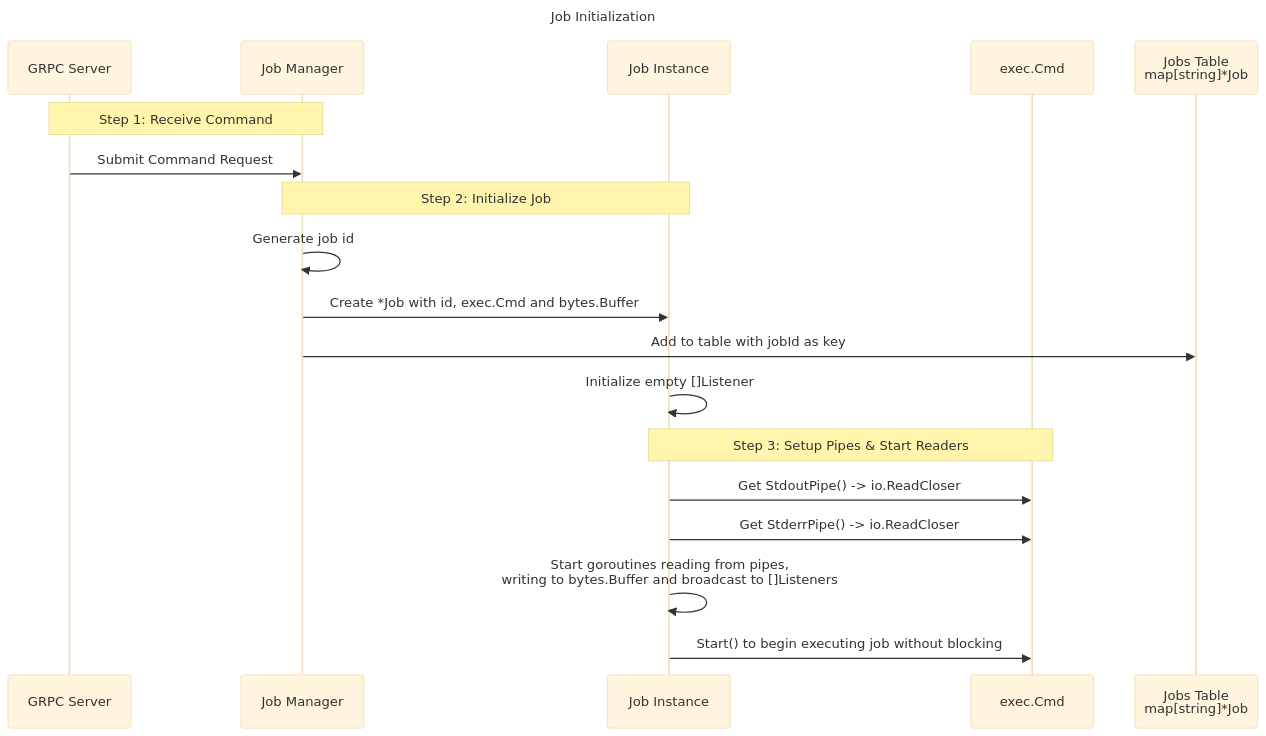
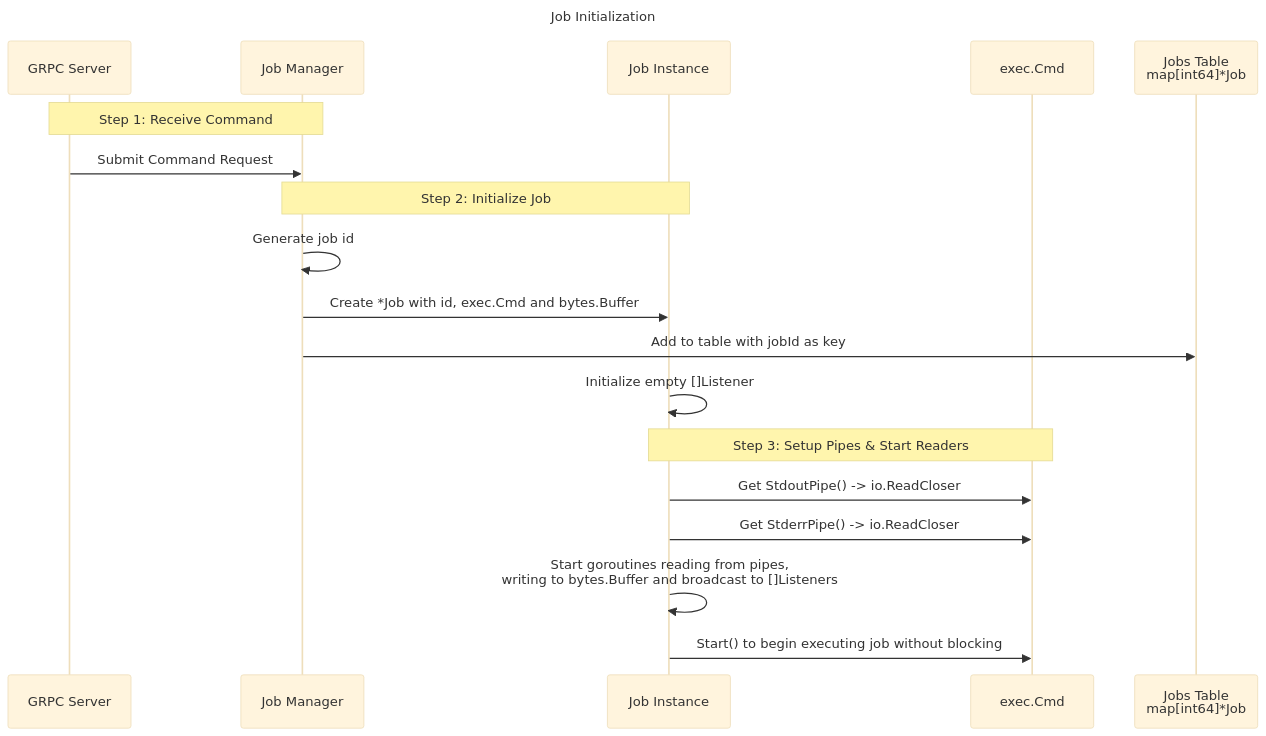
The diagram in design.md (karanveersp/job-runner), drawn with Mermaid (base theme) before and after one commit. The commit also changed other lines of this file and 1 other file, not shown here.

Commit message:
Using an atomic int for job id instead of characters

````diff
--- a/design.md
+++ b/design.md
@@ -187,25 +187,25 @@
 ```mermaid
 sequenceDiagram
   title Job Initialization
   participant GRPC as GRPC Server
   participant JM as Job Manager
   participant Job as Job Instance
   participant Cmd as exec.Cmd
-  participant JT as Jobs Table<br/>map[string]*Job
+  participant JT as Jobs Table<br/>map[int64]*Job
 
   Note over GRPC,JM: Step 1: Receive Command
   GRPC->>JM: Submit Command Request
 
   Note over JM,Job: Step 2: Initialize Job
   JM->>JM: Generate job id
   JM->>Job: Create *Job with id, exec.Cmd and bytes.Buffer
   JM->>JT: Add to table with jobId as key
   Job->>Job: Initialize empty []Listener
 
 
   Note over Job,Cmd: Step 3: Setup Pipes & Start Readers
   Job->>Cmd: Get StdoutPipe() -> io.ReadCloser
   Job->>Cmd: Get StderrPipe() -> io.ReadCloser
   Job->>Job: Start goroutines reading from pipes,<br/> writing to bytes.Buffer and broadcast to []Listeners
   Job->>Cmd: Start() to begin executing job without blocking
 ```
````
